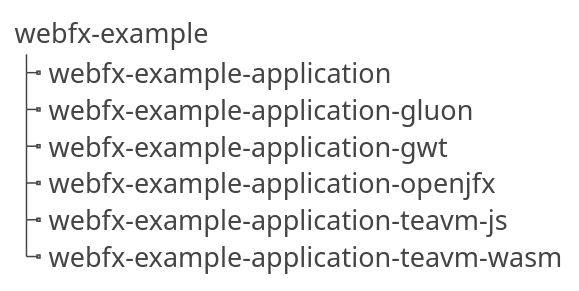
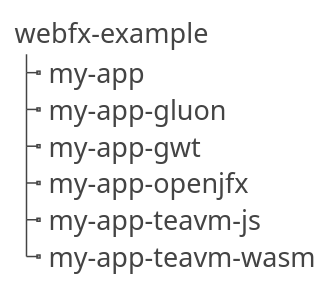
Before and after one commit to webfx-project/webfx-docs: the fifth of 5 diagrams in src/main/asciidoc/webfx-docs.adoc, drawn with PlantUML. The commit also changed other lines of this file, not shown here.

Commit message:
Updated webfx create application syntax

```diff
--- a/src/main/asciidoc/webfx-docs.adoc
+++ b/src/main/asciidoc/webfx-docs.adoc
@@ -388,18 +388,18 @@
 [plantuml, webfx-example-structure, format=svg]
 ----
 skinparam Legend {
 	BackgroundColor transparent
 	BorderColor transparent
     FontSize 18
     FontColor #444
 }
 legend
 webfx-example
-|_ webfx-example-application
-|_ webfx-example-application-gluon
-|_ webfx-example-application-gwt
-|_ webfx-example-application-openjfx
-|_ webfx-example-application-teavm-js
-|_ webfx-example-application-teavm-wasm
+|_ my-app
+|_ my-app-gluon
+|_ my-app-gwt
+|_ my-app-openjfx
+|_ my-app-teavm-js
+|_ my-app-teavm-wasm
 end legend
 ----
```
